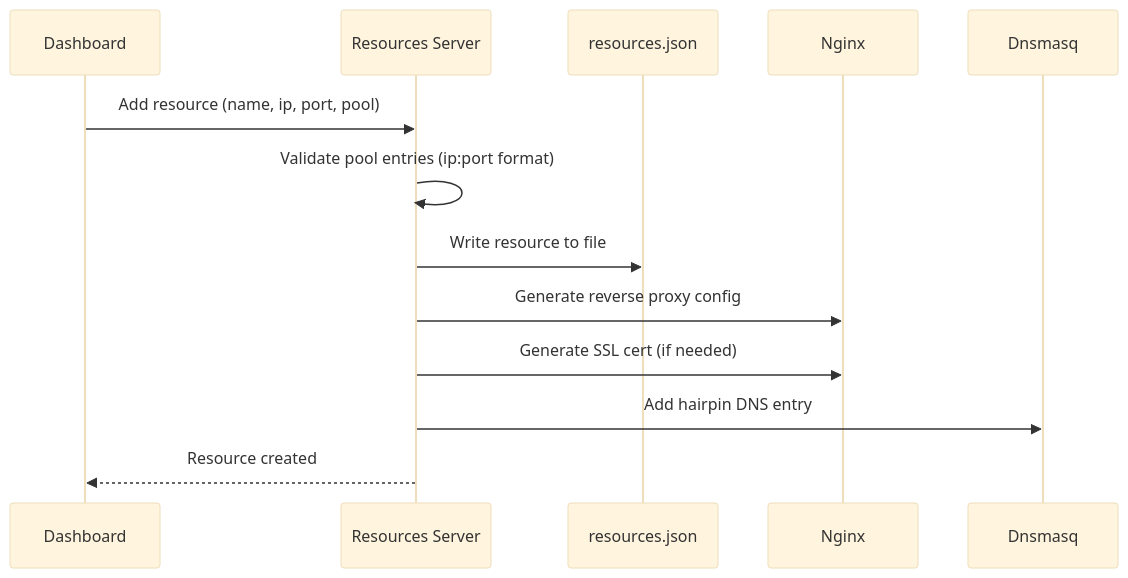
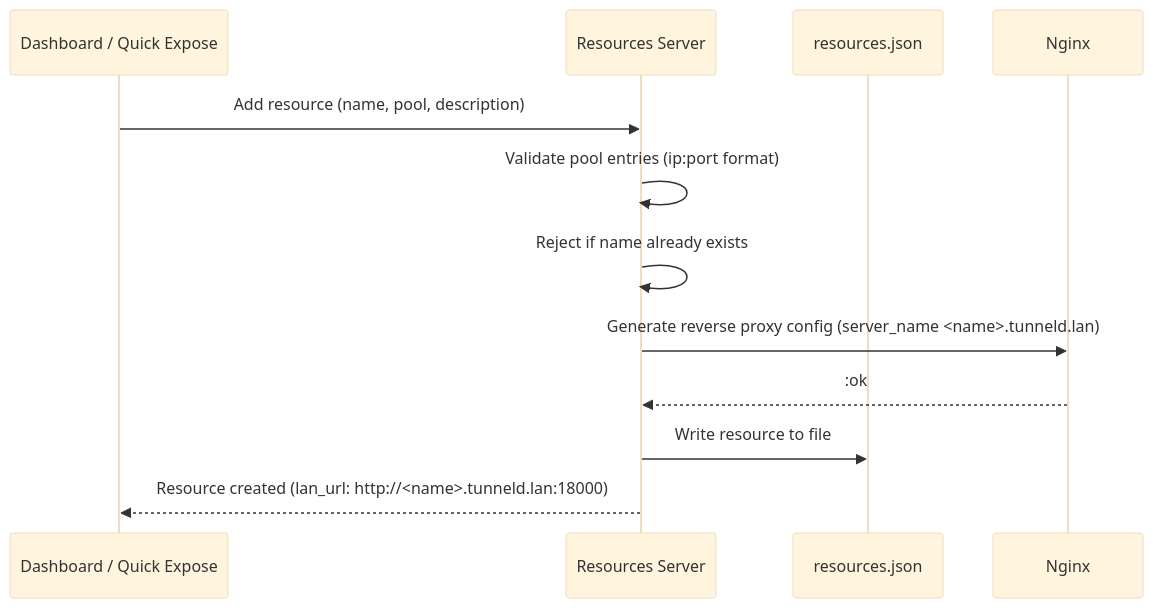
The first of 3 diagrams in docs/resource-lifecycle.md (toreanjoel/tunneld), drawn with Mermaid (base theme) before and after one commit. The commit also changed other lines of this file and 42 other files, not shown here.

````diff
--- a/docs/resource-lifecycle.md
+++ b/docs/resource-lifecycle.md
@@ -7,16 +8,15 @@
 ```mermaid
 sequenceDiagram
-    participant User as Dashboard
+    participant User as Dashboard / Quick Expose
     participant Res as Resources Server
     participant FS as resources.json
     participant Nginx as Nginx
-    participant DNS as Dnsmasq
 
-    User->>Res: Add resource (name, ip, port, pool)
+    User->>Res: Add resource (name, pool, description)
     Res->>Res: Validate pool entries (ip:port format)
+    Res->>Res: Reject if name already exists
+    Res->>Nginx: Generate reverse proxy config (server_name <name>.tunneld.lan)
+    Nginx-->>Res: :ok
     Res->>FS: Write resource to file
-    Res->>Nginx: Generate reverse proxy config
-    Res->>Nginx: Generate SSL cert (if needed)
-    Res->>DNS: Add hairpin DNS entry
-    Res-->>User: Resource created
+    Res-->>User: Resource created (lan_url: http://<name>.tunneld.lan:18000)
 ```
````
